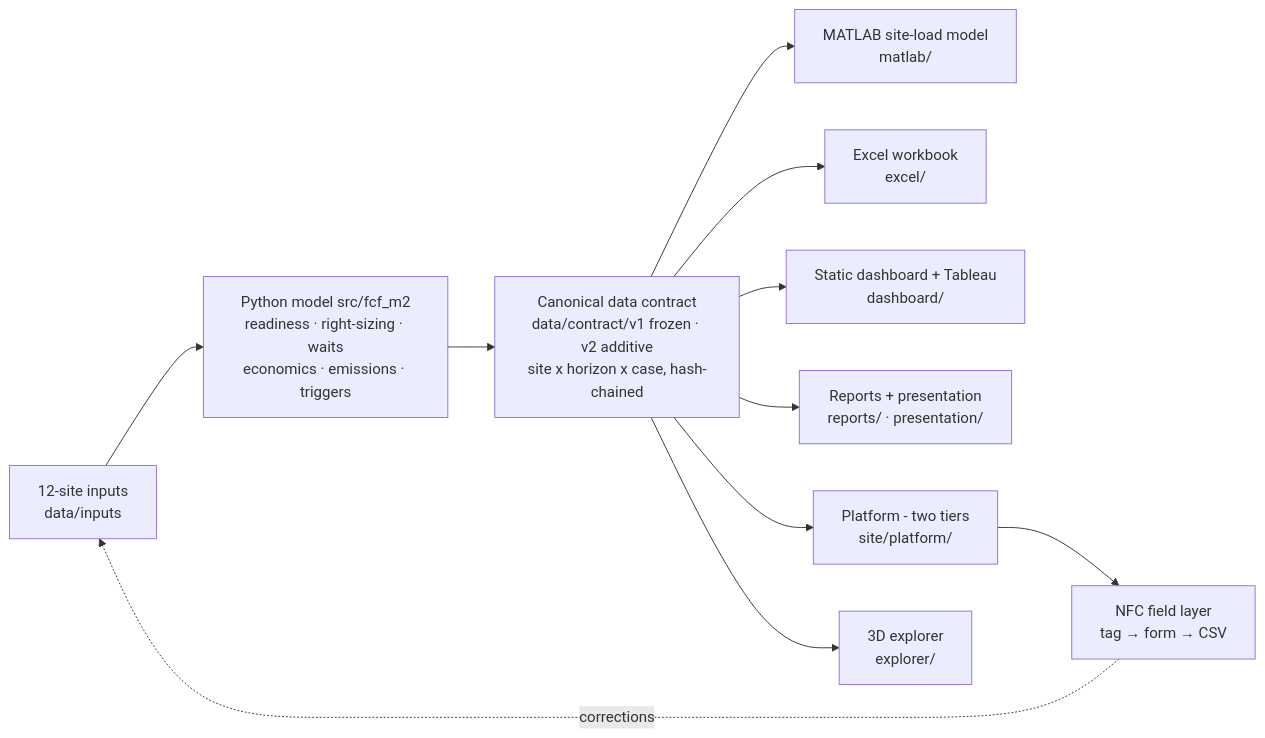
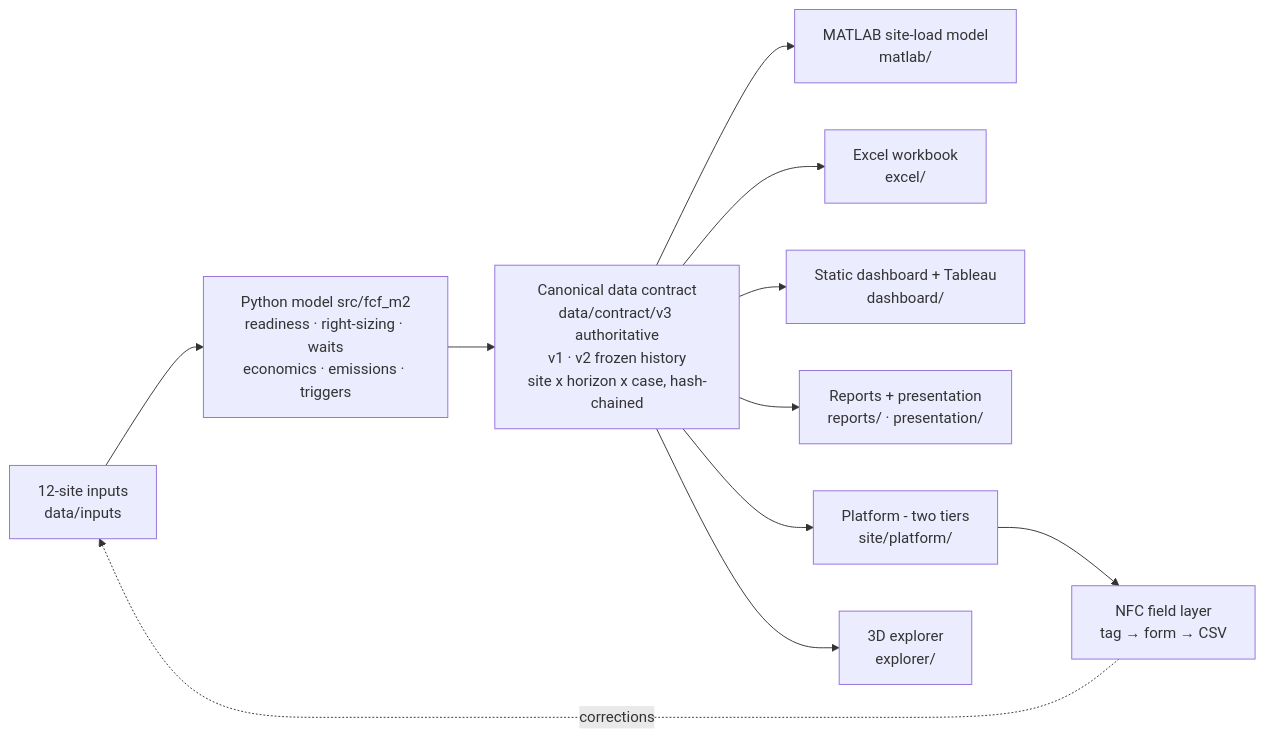
One commit to andyyaro/EV-SIENT changed the diagram in README.md. Above: the diagram before and after it, drawn with Mermaid. The commit also changed other lines of this file and 59 other files, not shown here.

````diff
--- a/README.md
+++ b/README.md
@@ -96,13 +110,13 @@
 ```mermaid
 flowchart LR
     A[12-site inputs<br/>data/inputs] --> B[Python model src/fcf_m2<br/>readiness · right-sizing · waits<br/>economics · emissions · triggers]
-    B --> C[Canonical data contract<br/>data/contract/v1 frozen · v2 additive<br/>site x horizon x case, hash-chained]
+    B --> C[Canonical data contract<br/>data/contract/v3 authoritative<br/>v1 · v2 frozen history<br/>site x horizon x case, hash-chained]
     C --> D[MATLAB site-load model<br/>matlab/]
     C --> E[Excel workbook<br/>excel/]
     C --> F[Static dashboard + Tableau<br/>dashboard/]
     C --> G[Reports + presentation<br/>reports/ · presentation/]
     C --> H[Platform - two tiers<br/>site/platform/]
     C --> I[3D explorer<br/>explorer/]
     H --> J[NFC field layer<br/>tag → form → CSV]
     J -.corrections.-> A
 ```
````
